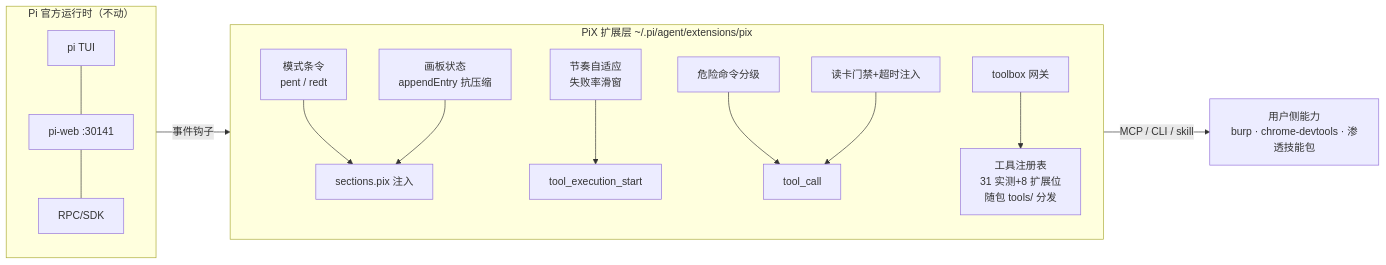
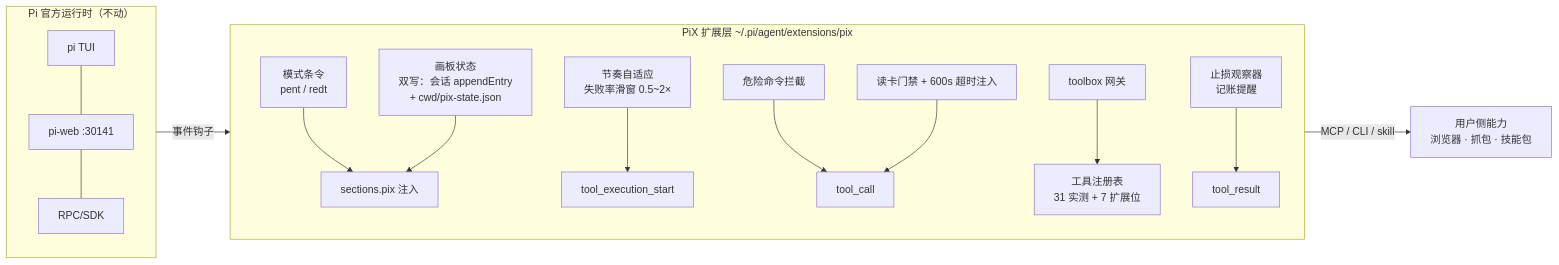
Before and after one commit to xsec777/PiX-Agent: the first of 2 diagrams in README.md, drawn with Mermaid. The commit also changed other lines of this file, not shown here.

Commit message:
README 重构：获取方式/前置要求/安装命令/模型配置/双 Mermaid 架构图，美化排版（发行版可上手性）

````diff
--- a/README.md
+++ b/README.md
@@ -68,16 +95,17 @@
 ```mermaid
 flowchart LR
-    subgraph 宿主["Pi 官方运行时（不动）"]
+    subgraph host["Pi 官方运行时（不动）"]
         TUI["pi TUI"] --- WEB["pi-web :30141"] --- RPC["RPC/SDK"]
     end
     subgraph pix["PiX 扩展层 ~/.pi/agent/extensions/pix"]
         RULES["模式条令<br/>pent / redt"] --> SEC["sections.pix 注入"]
-        BOARD["画板状态<br/>appendEntry 抗压缩"] --> SEC
-        PACE["节奏自适应<br/>失败率滑窗"] --> HOOK["tool_execution_start"]
-        GUARD["危险命令分级"] --> HOOK2["tool_call"]
-        TB["toolbox 网关"] --> REG["工具注册表<br/>31 实测+8 扩展位<br/>随包 tools/ 分发"]
-        GATE["读卡门禁+超时注入"] --> HOOK2["tool_call"]
+        BOARD["画板状态<br/>双写：会话 appendEntry<br/>+ cwd/pix-state.json"] --> SEC
+        PACE["节奏自适应<br/>失败率滑窗 0.5~2×"] --> HOOK["tool_execution_start"]
+        GUARD["危险命令拦截"] --> HOOK2["tool_call"]
+        TB["toolbox 网关"] --> REG["工具注册表<br/>31 实测 + 7 扩展位"]
+        GATE["读卡门禁 + 600s 超时注入"] --> HOOK2
+        SENSOR["止损观察器<br/>记账提醒"] --> HOOK3["tool_result"]
     end
-    宿主 -->|事件钩子| pix
-    pix -->|MCP / CLI / skill| EXT["用户侧能力<br/>burp · chrome-devtools · 渗透技能包"]
+    host -->|事件钩子| pix
+    pix -->|MCP / CLI / skill| EXT["用户侧能力<br/>浏览器 · 抓包 · 技能包"]
 ```
````
